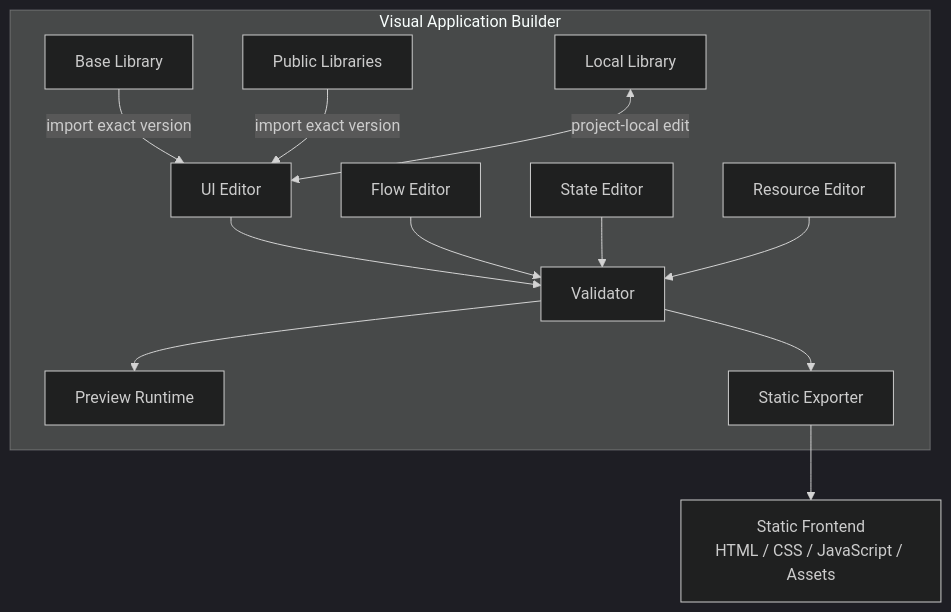
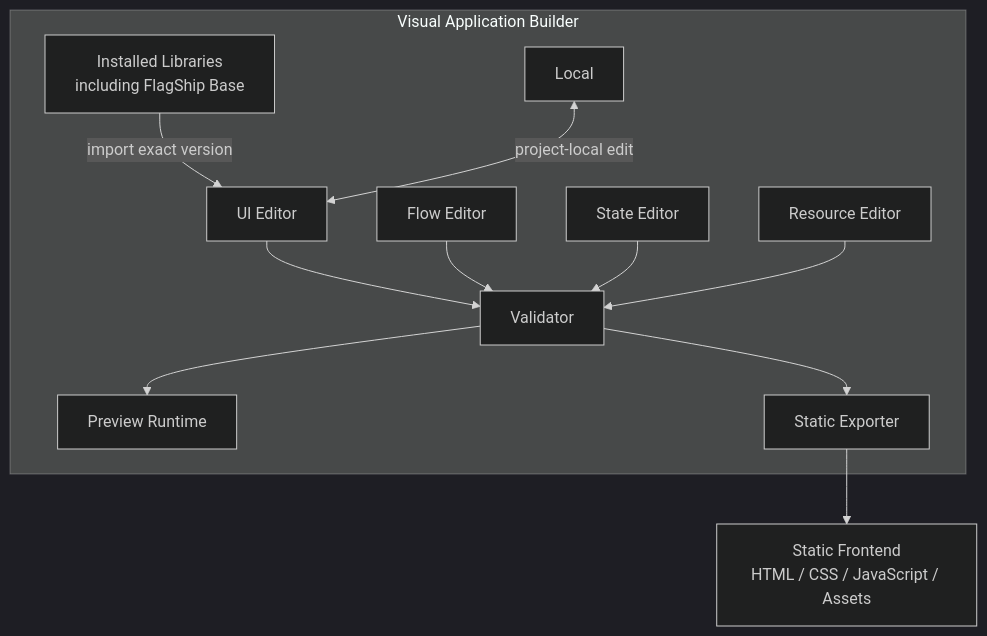
One commit to northwest-hcu/FlagShip changed the sixth of 6 diagrams in docs/architecture/01-product-overview.md. Above: the diagram before and after it, drawn with Mermaid (dark theme). The commit also changed other lines of this file and 24 other files, not shown here.

````diff
--- a/docs/architecture/01-product-overview.md
+++ b/docs/architecture/01-product-overview.md
@@ -293,27 +294,25 @@
 ```mermaid
 flowchart TB
     subgraph Builder["Visual Application Builder"]
         UIEditor["UI Editor"]
         FlowEditor["Flow Editor"]
         StateEditor["State Editor"]
         ResourceEditor["Resource Editor"]
-        BaseLibrary["Base Library"]
-        PublicLibrary["Public Libraries"]
-        LocalLibrary["Local Library"]
+        InstalledLibrary["Installed Libraries<br/>including FlagShip Base"]
+        LocalLibrary["Local"]
         Validator["Validator"]
         Preview["Preview Runtime"]
         Exporter["Static Exporter"]
     end
 
-    BaseLibrary -->|"import exact version"| UIEditor
-    PublicLibrary -->|"import exact version"| UIEditor
+    InstalledLibrary -->|"import exact version"| UIEditor
     LocalLibrary <-->|"project-local edit"| UIEditor
     UIEditor --> Validator
     FlowEditor --> Validator
     StateEditor --> Validator
     ResourceEditor --> Validator
     Validator --> Preview
     Validator --> Exporter
 
     Exporter --> Output["Static Frontend<br/>HTML / CSS / JavaScript / Assets"]
 ```
````
